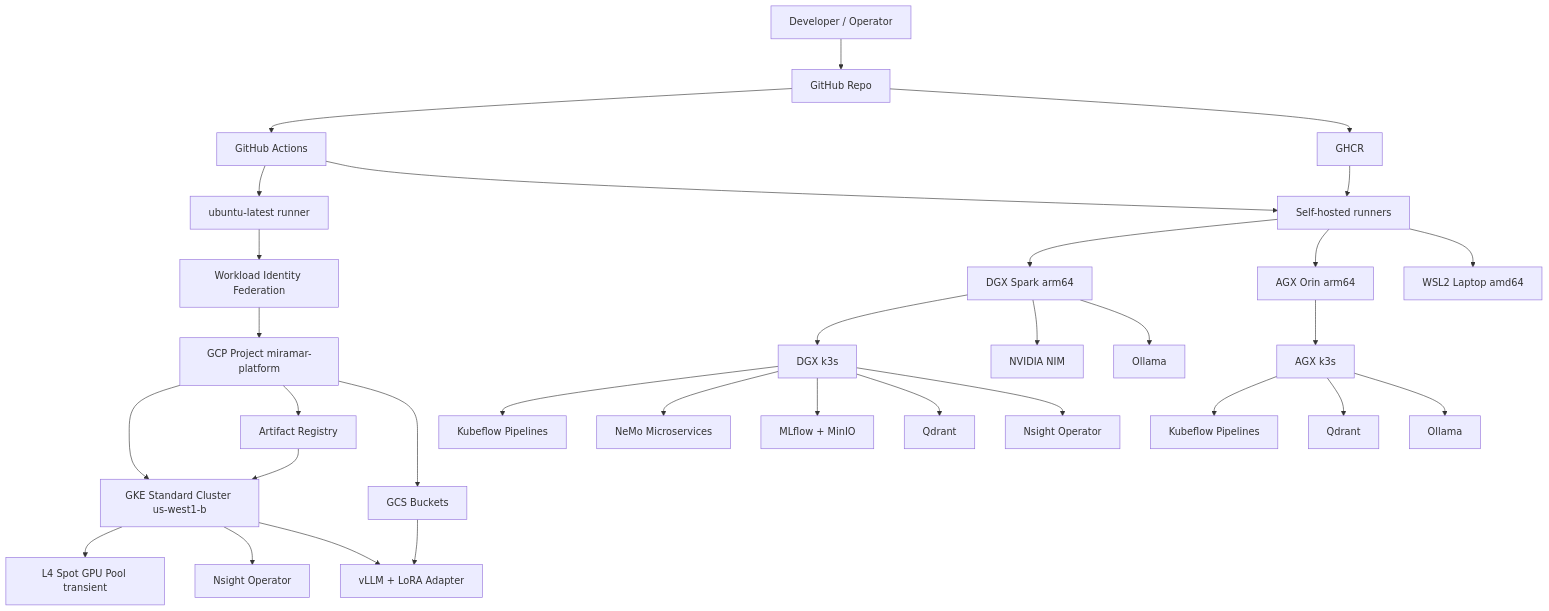
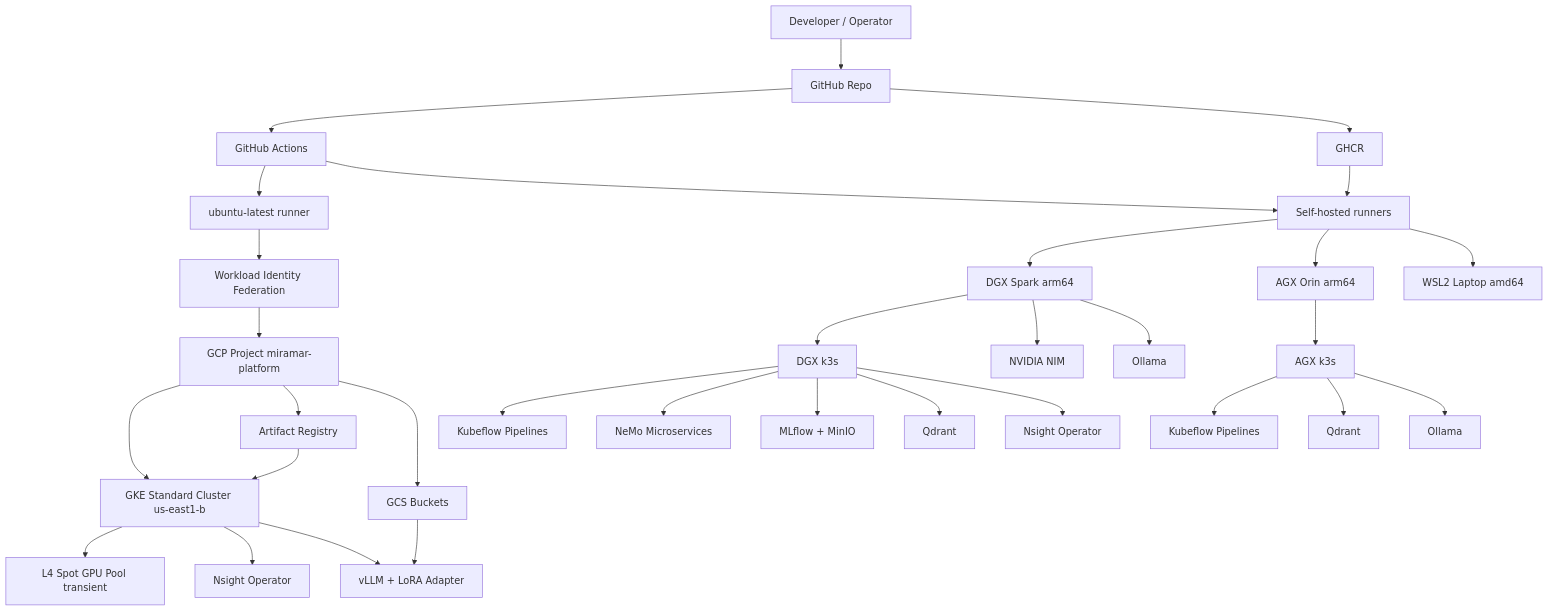
The diagram in docs/architecture.md (miramar-labs-org/miramar-platform-gcp), drawn with Mermaid before and after one commit. The commit also changed other lines of this file and 4 other files, not shown here.

First line of the commit message:
infra: move GKE cluster and GPU pool from us-west1 to us-east1-b

````diff
--- a/docs/architecture.md
+++ b/docs/architecture.md
@@ -115,42 +115,42 @@
 ```mermaid
 flowchart TD
     Dev[Developer / Operator] --> GH[GitHub Repo]
     GH --> GHA[GitHub Actions]
 
     GHA --> Hosted[ubuntu-latest runner]
     GHA --> SelfHosted[Self-hosted runners]
 
     SelfHosted --> DGX[DGX Spark arm64]
     SelfHosted --> AGX[AGX Orin arm64]
     SelfHosted --> WSL2[WSL2 Laptop amd64]
 
     Hosted --> WIF[Workload Identity Federation]
     WIF --> GCP[GCP Project miramar-platform]
 
-    GCP --> GKE[GKE Standard Cluster us-west1-b]
+    GCP --> GKE[GKE Standard Cluster us-east1-b]
     GCP --> GAR[Artifact Registry]
     GCP --> GCS[GCS Buckets]
 
     GKE --> GPUPool[L4 Spot GPU Pool transient]
     GKE --> NsightGKE[Nsight Operator]
     GKE --> vLLM[vLLM + LoRA Adapter]
 
     DGX --> K3sDGX[DGX k3s]
     K3sDGX --> KFP[Kubeflow Pipelines]
     K3sDGX --> NeMo[NeMo Microservices]
     K3sDGX --> MLflow[MLflow + MinIO]
     K3sDGX --> QdrantDGX[Qdrant]
     K3sDGX --> NsightDGX[Nsight Operator]
     DGX --> NIM[NVIDIA NIM]
     DGX --> Ollama[Ollama]
 
     AGX --> K3sAGX[AGX k3s]
     K3sAGX --> KFPAGX[Kubeflow Pipelines]
     K3sAGX --> QdrantAGX[Qdrant]
     K3sAGX --> OllamaAGX[Ollama]
 
     GH --> GHCR[GHCR]
     GHCR --> SelfHosted
     GAR --> GKE
     GCS --> vLLM
 ```
````
